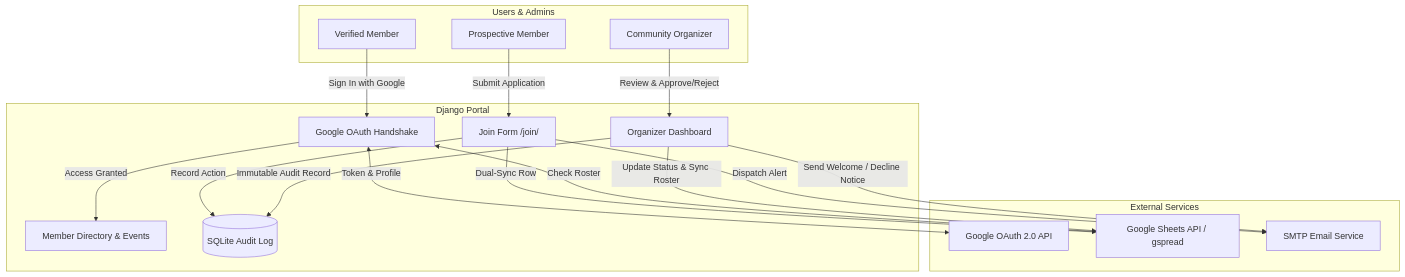
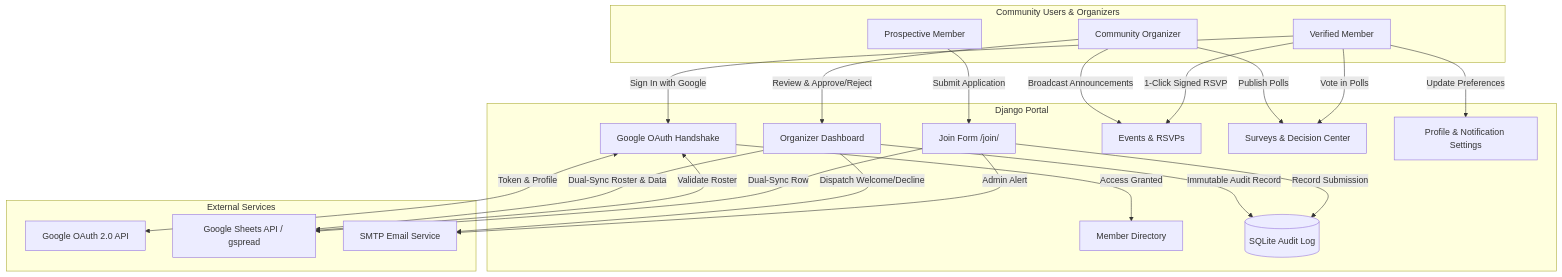
The diagram in README.md (pemujo/minimexas), drawn with Mermaid before and after one commit. The commit also changed other lines of this file, not shown here.

Commit message:
Update README.md with all new features, architecture, CI workflows, and testing guides

````diff
--- a/README.md
+++ b/README.md
@@ -33,37 +34,46 @@
 ```mermaid
 flowchart TD
-    subgraph Users & Admins
+    subgraph Community Users & Organizers
         Applicant[Prospective Member]
         Member[Verified Member]
         Admin[Community Organizer]
     end
 
     subgraph Django Portal
         JoinView[Join Form /join/]
         OAuthView[Google OAuth Handshake]
         DashView[Organizer Dashboard]
-        DirView[Member Directory & Events]
+        DirView[Member Directory]
+        EventsView[Events & RSVPs]
+        SurveysView[Surveys & Decision Center]
+        ProfileView[Profile & Notification Settings]
         AuditLog[(SQLite Audit Log)]
     end
 
     subgraph External Services
         GoogleOAuth[Google OAuth 2.0 API]
         GoogleSheets[Google Sheets API / gspread]
         SMTP[SMTP Email Service]
     end
 
     Applicant -->|Submit Application| JoinView
-    JoinView -->|Record Action| AuditLog
-    JoinView -->|Dispatch Alert| SMTP
+    JoinView -->|Record Submission| AuditLog
+    JoinView -->|Admin Alert| SMTP
     JoinView -->|Dual-Sync Row| GoogleSheets
 
     Member -->|Sign In with Google| OAuthView
     OAuthView <-->|Token & Profile| GoogleOAuth
-    OAuthView <-->|Check Roster| GoogleSheets
+    OAuthView <-->|Validate Roster| GoogleSheets
     OAuthView -->|Access Granted| DirView
 
+    Member -->|Vote in Polls| SurveysView
+    Member -->|1-Click Signed RSVP| EventsView
+    Member -->|Update Preferences| ProfileView
+
     Admin -->|Review & Approve/Reject| DashView
-    DashView -->|Send Welcome / Decline Notice| SMTP
-    DashView -->|Update Status & Sync Roster| GoogleSheets
+    Admin -->|Broadcast Announcements| EventsView
+    Admin -->|Publish Polls| SurveysView
+    DashView -->|Dispatch Welcome/Decline| SMTP
+    DashView -->|Dual-Sync Roster & Data| GoogleSheets
     DashView -->|Immutable Audit Record| AuditLog
 ```
````
